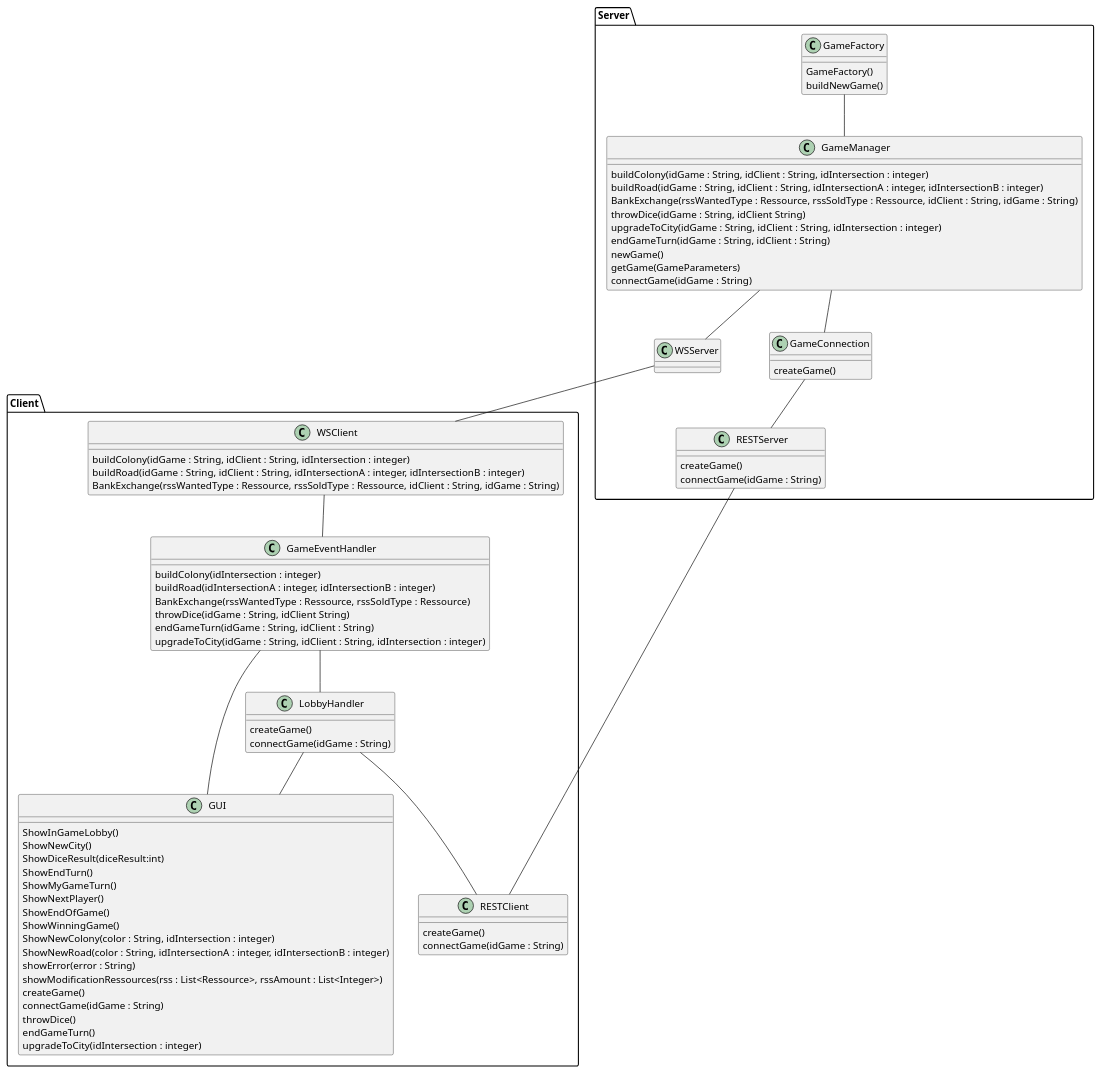
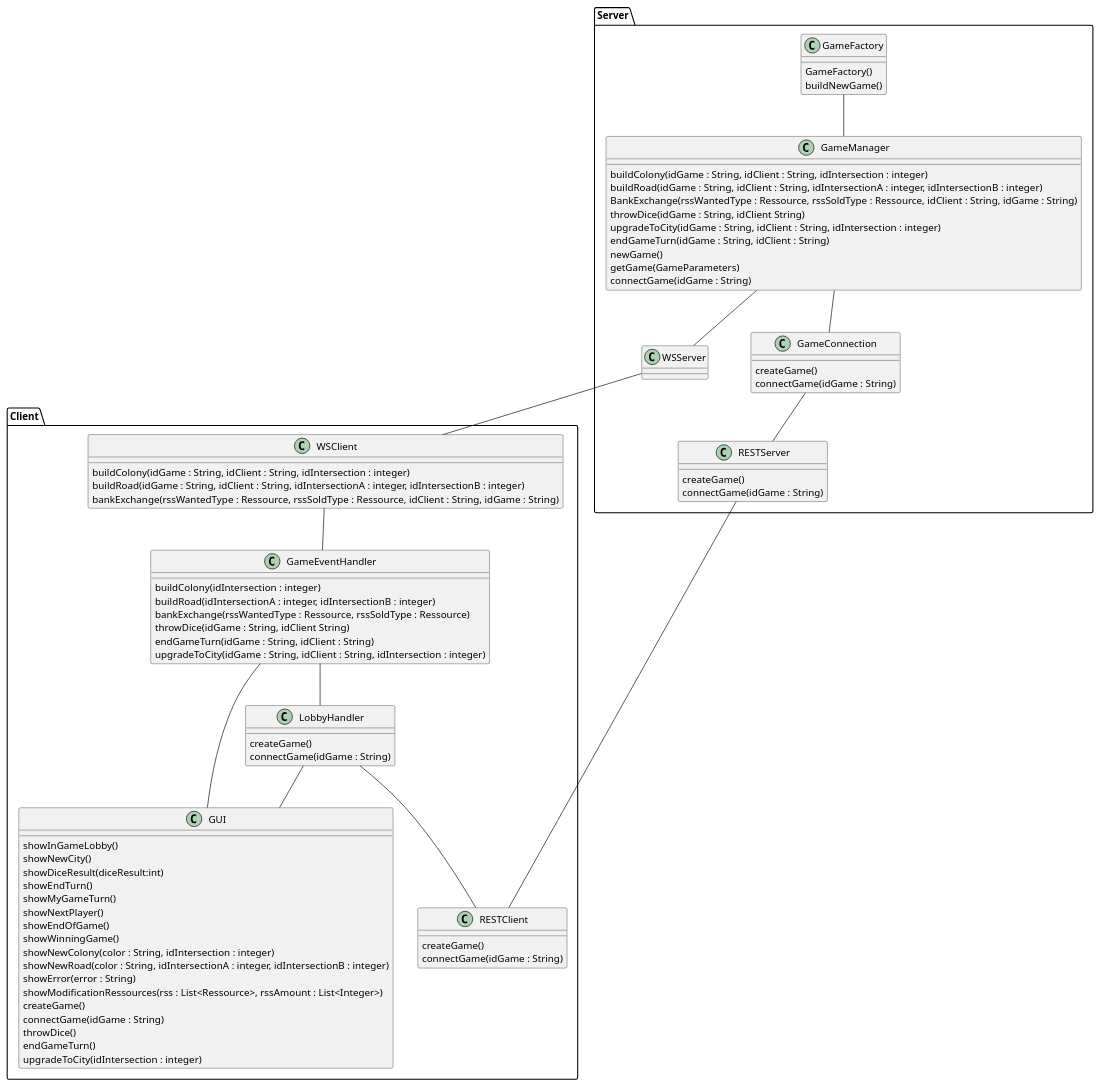
Before and after one commit to Lapin-Obez/colon_de_catane: the diagram in catan-doc/modules/conception/examples/interfaces_composants.plantuml, drawn with PlantUML. The commit also changed 1 other file, not shown here.

Commit message:
uniformisation des noms de méthodes dans le diagrammes des interfaces des composants

```diff
--- a/catan-doc/modules/conception/examples/interfaces_composants.plantuml
+++ b/catan-doc/modules/conception/examples/interfaces_composants.plantuml
@@ -1,88 +1,89 @@
 @startuml
 package Server{
 class GameFactory {
 GameFactory()
 buildNewGame()
 }
 class WSServer {
 
 }
 class GameManager {
 buildColony(idGame : String, idClient : String, idIntersection : integer)
 buildRoad(idGame : String, idClient : String, idIntersectionA : integer, idIntersectionB : integer)
 BankExchange(rssWantedType : Ressource, rssSoldType : Ressource, idClient : String, idGame : String)
 throwDice(idGame : String, idClient String)
 upgradeToCity(idGame : String, idClient : String, idIntersection : integer)
 endGameTurn(idGame : String, idClient : String)
 newGame()
 getGame(GameParameters)
 connectGame(idGame : String)
 }
 
 class GameConnection {
 createGame()
+connectGame(idGame : String)
 }
 class RESTServer {
 createGame()
 connectGame(idGame : String)
 }
 }
 package Client{
 class RESTClient {
 createGame()
 connectGame(idGame : String)
 }
 class WSClient {
 buildColony(idGame : String, idClient : String, idIntersection : integer)
 buildRoad(idGame : String, idClient : String, idIntersectionA : integer, idIntersectionB : integer)
   
-BankExchange(rssWantedType : Ressource, rssSoldType : Ressource, idClient : String, idGame : String)
+bankExchange(rssWantedType : Ressource, rssSoldType : Ressource, idClient : String, idGame : String)
 }
 class GameEventHandler {
 buildColony(idIntersection : integer)
 buildRoad(idIntersectionA : integer, idIntersectionB : integer)  
-BankExchange(rssWantedType : Ressource, rssSoldType : Ressource)
+bankExchange(rssWantedType : Ressource, rssSoldType : Ressource)
 throwDice(idGame : String, idClient String)
 endGameTurn(idGame : String, idClient : String)
 upgradeToCity(idGame : String, idClient : String, idIntersection : integer)
 }
 class GUI {
-ShowInGameLobby()
-ShowNewCity()
-ShowDiceResult(diceResult:int)
-ShowEndTurn()
-ShowMyGameTurn()
-ShowNextPlayer()
-ShowEndOfGame()
-ShowWinningGame()
-ShowNewColony(color : String, idIntersection : integer)
-ShowNewRoad(color : String, idIntersectionA : integer, idIntersectionB : integer)
+showInGameLobby()
+showNewCity()
+showDiceResult(diceResult:int)
+showEndTurn()
+showMyGameTurn()
+showNextPlayer()
+showEndOfGame()
+showWinningGame()
+showNewColony(color : String, idIntersection : integer)
+showNewRoad(color : String, idIntersectionA : integer, idIntersectionB : integer)
 showError(error : String)
 showModificationRessources(rss : List<Ressource>, rssAmount : List<Integer>)
 createGame()
 connectGame(idGame : String)
 throwDice()
 endGameTurn()
 upgradeToCity(idIntersection : integer)
 }
 class LobbyHandler {
 createGame()
 connectGame(idGame : String)
 }
 }
 
 GameFactory -- GameManager
 GameManager -- WSServer
 GameManager -- GameConnection
 GameConnection -- RESTServer
 RESTClient -- RESTServer
 WSServer -- WSClient
 WSClient -- GameEventHandler
 GameEventHandler -- GUI
 GameEventHandler -- LobbyHandler
 LobbyHandler -- RESTClient
 LobbyHandler -- GUI
 
 
 
 @enduml
```
